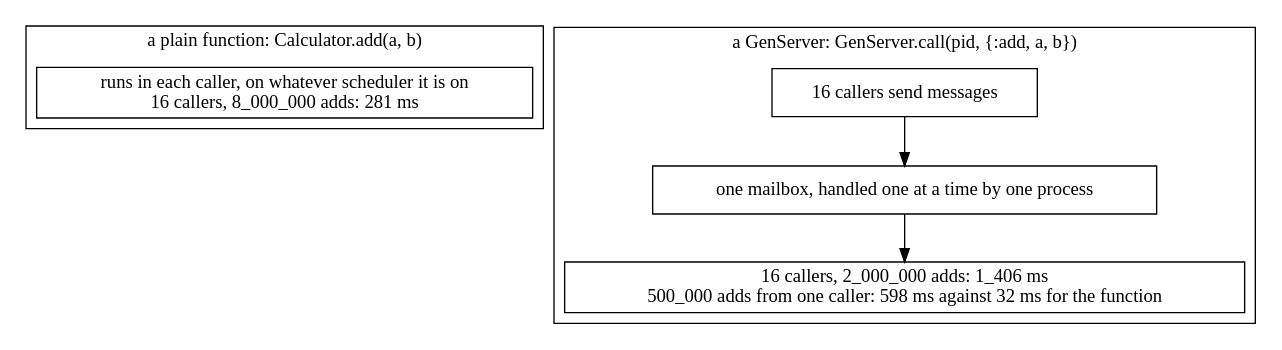
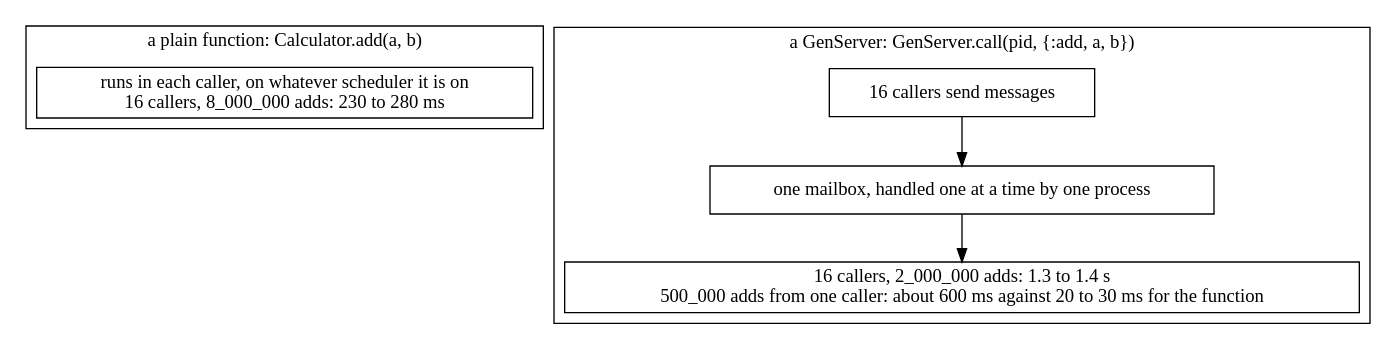
One commit to danceinthefake/visualixir changed the diagram in docs/diagrams/process-anti-patterns/uth-bottleneck.dot. Above: the diagram before and after it, drawn with Graphviz. The commit also changed 37 other files, not shown here.

```diff
--- a/docs/diagrams/process-anti-patterns/uth-bottleneck.dot
+++ b/docs/diagrams/process-anti-patterns/uth-bottleneck.dot
@@ -1,14 +1,14 @@
 digraph bottleneck {
   node [shape=box]
   subgraph cluster_fun {
     label="a plain function: Calculator.add(a, b)"
-    f [label="runs in each caller, on whatever scheduler it is on\n16 callers, 8_000_000 adds: 281 ms" class=hl]
+    f [label="runs in each caller, on whatever scheduler it is on\n16 callers, 8_000_000 adds: 230 to 280 ms" class=hl]
   }
   subgraph cluster_gs {
     label="a GenServer: GenServer.call(pid, {:add, a, b})"
     c [label="16 callers send messages"]
     mb [label="one mailbox, handled one at a time by one process"]
-    g [label="16 callers, 2_000_000 adds: 1_406 ms\n500_000 adds from one caller: 598 ms against 32 ms for the function"]
+    g [label="16 callers, 2_000_000 adds: 1.3 to 1.4 s\n500_000 adds from one caller: about 600 ms against 20 to 30 ms for the function"]
     c -> mb -> g
   }
 }
```
